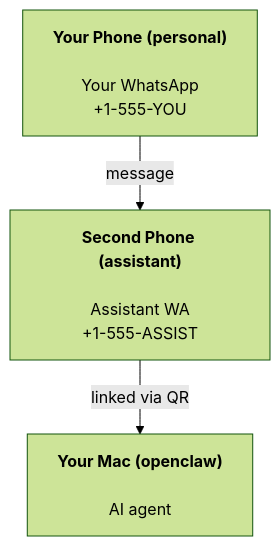
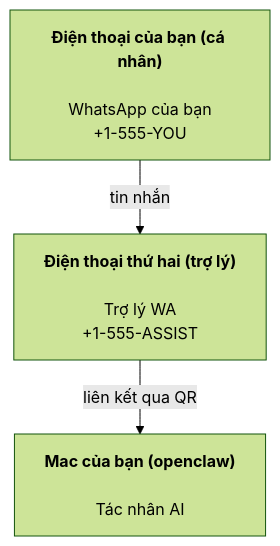
Before and after one commit to openclawhubvn/openclaw: the diagram in docs/vi/start/openclaw.md, drawn with Mermaid (forest theme). The commit also changed other lines of this file and 676 other files, not shown here.

````diff
--- a/docs/vi/start/openclaw.md
+++ b/docs/vi/start/openclaw.md
@@ -36,5 +36,5 @@
 ```mermaid
 flowchart TB
-    A["<b>Your Phone (personal)<br></b><br>Your WhatsApp<br>+1-555-YOU"] -- message --> B["<b>Second Phone (assistant)<br></b><br>Assistant WA<br>+1-555-ASSIST"]
-    B -- linked via QR --> C["<b>Your Mac (openclaw)<br></b><br>AI agent"]
+    A["<b>Điện thoại của bạn (cá nhân)<br></b><br>WhatsApp của bạn<br>+1-555-YOU"] -- tin nhắn --> B["<b>Điện thoại thứ hai (trợ lý)<br></b><br>Trợ lý WA<br>+1-555-ASSIST"]
+    B -- liên kết qua QR --> C["<b>Mac của bạn (openclaw)<br></b><br>Tác nhân AI"]
 ```
````
